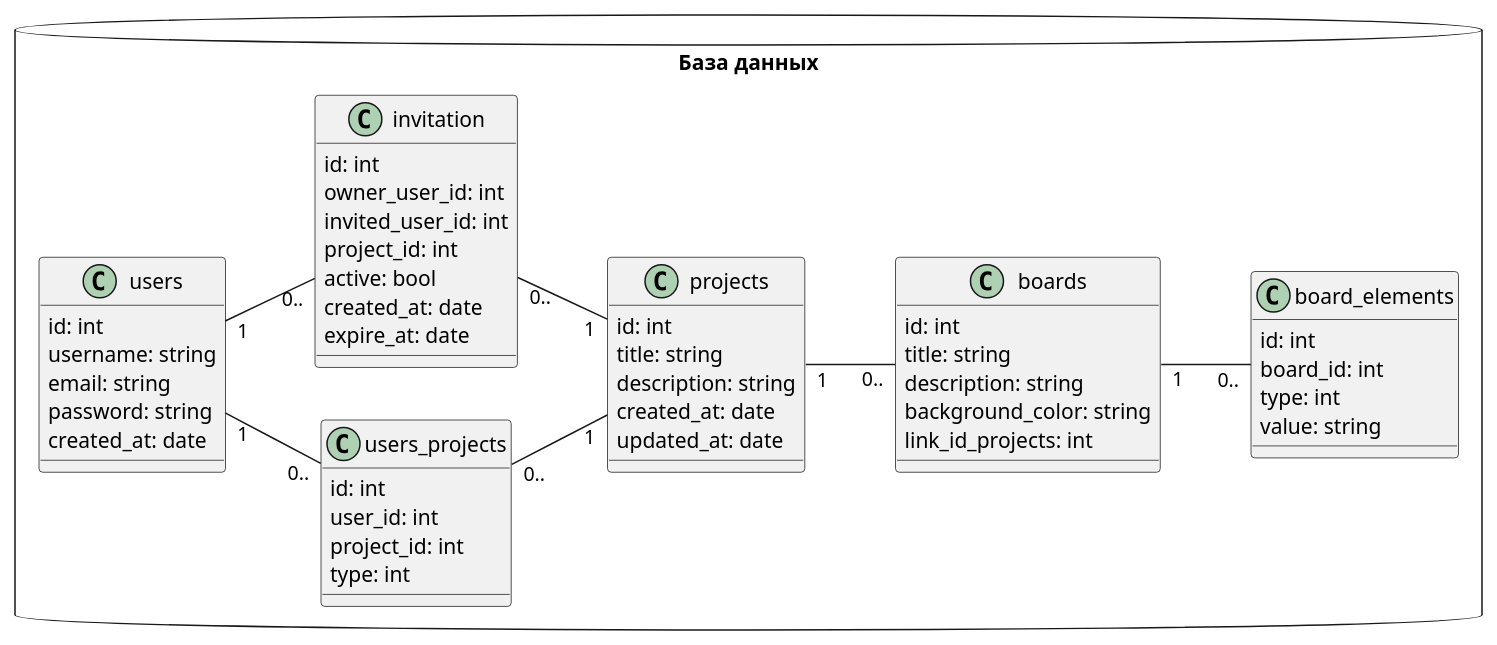
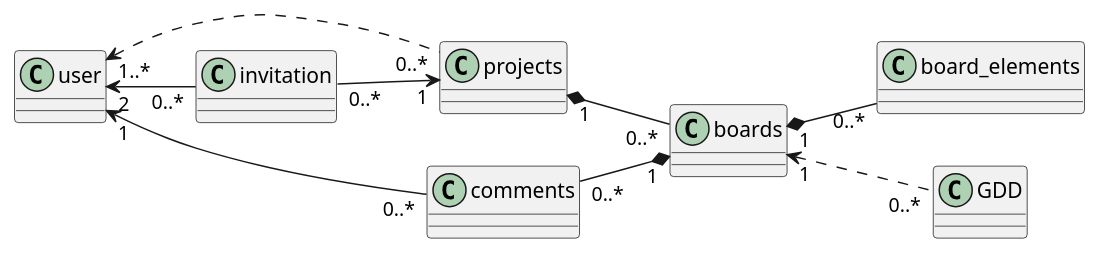
One commit to MentalSmoge/HSE-DSS changed the diagram in diagrams/classes/business_classes.puml. Above: the diagram before and after it, drawn with PlantUML. The commit also changed 2 other files, not shown here.

Commit message:
added business classes and components diagrams

```diff
--- a/diagrams/classes/business_classes.puml
+++ b/diagrams/classes/business_classes.puml
@@ -1,55 +1,27 @@
 @startuml business_classes
 left to right direction
-package "База данных" <<Database>> {
-  class users{
-    id: int
-    username: string
-    email: string
-    password: string
-    created_at: date
-  }
-  class users_projects{
-    id: int
-    user_id: int
-    project_id: int
-    type: int
+  class user{
   }
   class projects{
-    id: int
-    title: string
-    description: string
-    created_at: date
-    updated_at: date
+  }
+  class comments{
   }
 
   class boards{
-    id: int
-    title: string
-    description: string
-    background_color: string
-    link_id_projects: int
   }
   class board_elements{
-    id: int
-    board_id: int
-    type: int
-    value: string
   }
   class invitation{
-    id: int
-    owner_user_id: int
-    invited_user_id: int
-    project_id: int
-    active: bool
-    created_at: date
-    expire_at: date
   }
-  users "1" -- "0.." users_projects
-  users_projects "0.." -- "1" projects
-  users "1" -- "0.." invitation
-  projects "1" -- "0.." boards
-  invitation "0.." -- "1" projects
-  boards "1" -- "0.." board_elements
-}
+  class GDD
+  user "2" <-- "0..*" invitation
+  user "1..*" <.. "0..*" projects
+  user "1" <-- "0..*" comments
+  projects "1" *-- "0..*" boards
+  comments "0..*" --* "1" boards
+  invitation "0..*" --> "1" projects
+  boards "1" *-- "0..*" board_elements
+  boards "1" <.. "0..*" GDD
+
 
 @enduml
```
